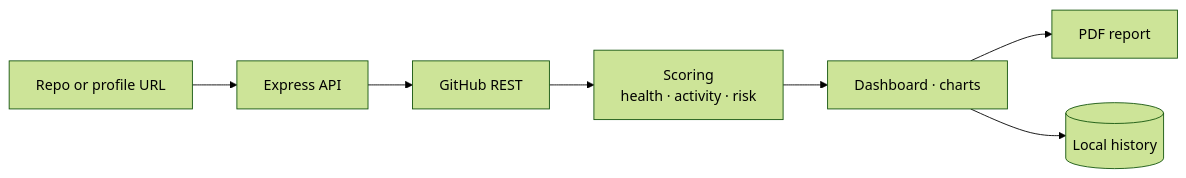
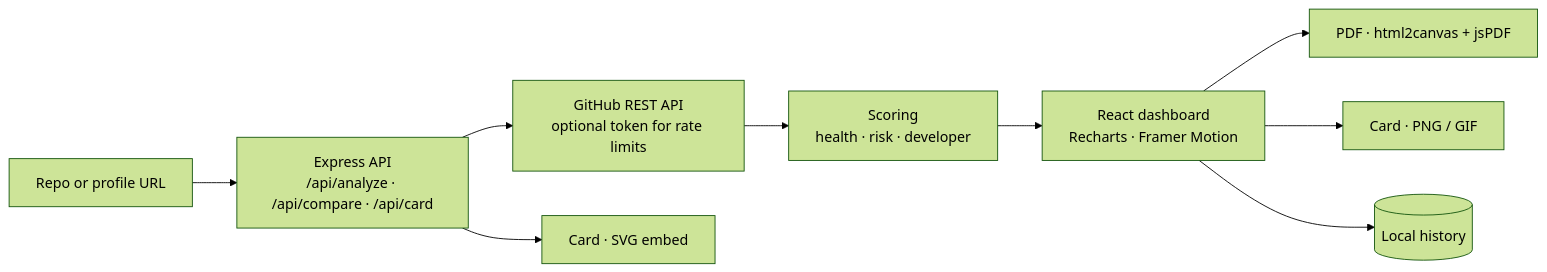
One commit to kutluhangil/GitVitals changed the diagram in README.md. Above: the diagram before and after it, drawn with Mermaid (forest theme). The commit also changed other lines of this file and 3 other files, not shown here.

````diff
--- a/README.md
+++ b/README.md
@@ -30,9 +69,11 @@
 ```mermaid
 flowchart LR
-  URL[Repo or profile URL] --> API[Express API]
-  API --> GH[GitHub REST]
-  GH --> SC[Scoring<br/>health · activity · risk]
-  SC --> UI[Dashboard · charts]
-  UI --> PDF[PDF report]
+  URL[Repo or profile URL] --> API[Express API<br/>/api/analyze · /api/compare · /api/card]
+  API --> GH[GitHub REST API<br/>optional token for rate limits]
+  GH --> SC[Scoring<br/>health · risk · developer]
+  SC --> UI[React dashboard<br/>Recharts · Framer Motion]
+  UI --> PDF[PDF · html2canvas + jsPDF]
+  UI --> IMG[Card · PNG / GIF]
+  API --> SVG[Card · SVG embed]
   UI --> H[(Local history)]
 ```
````
